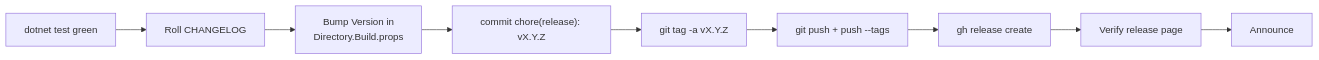
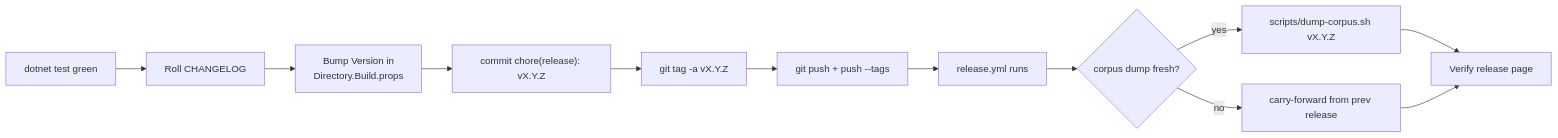
Before and after one commit to dantte-lp/arista-mcp: the diagram in docs/en/releasing.md, drawn with Mermaid. The commit also changed other lines of this file and 18 other files, not shown here.

````diff
--- a/docs/en/releasing.md
+++ b/docs/en/releasing.md
@@ -6,11 +7,14 @@
 ```mermaid
 flowchart LR
   A[dotnet test green] --> B[Roll CHANGELOG]
   B --> C["Bump Version in<br/>Directory.Build.props"]
   C --> D["commit chore(release): vX.Y.Z"]
   D --> E["git tag -a vX.Y.Z"]
   E --> F[git push + push --tags]
-  F --> G[gh release create]
-  G --> H[Verify release page]
-  H --> I[Announce]
+  F --> G[release.yml runs]
+  G --> H{corpus dump fresh?}
+  H -- yes --> I[scripts/dump-corpus.sh vX.Y.Z]
+  H -- no  --> J[carry-forward from prev release]
+  I --> K[Verify release page]
+  J --> K
 ```
````
